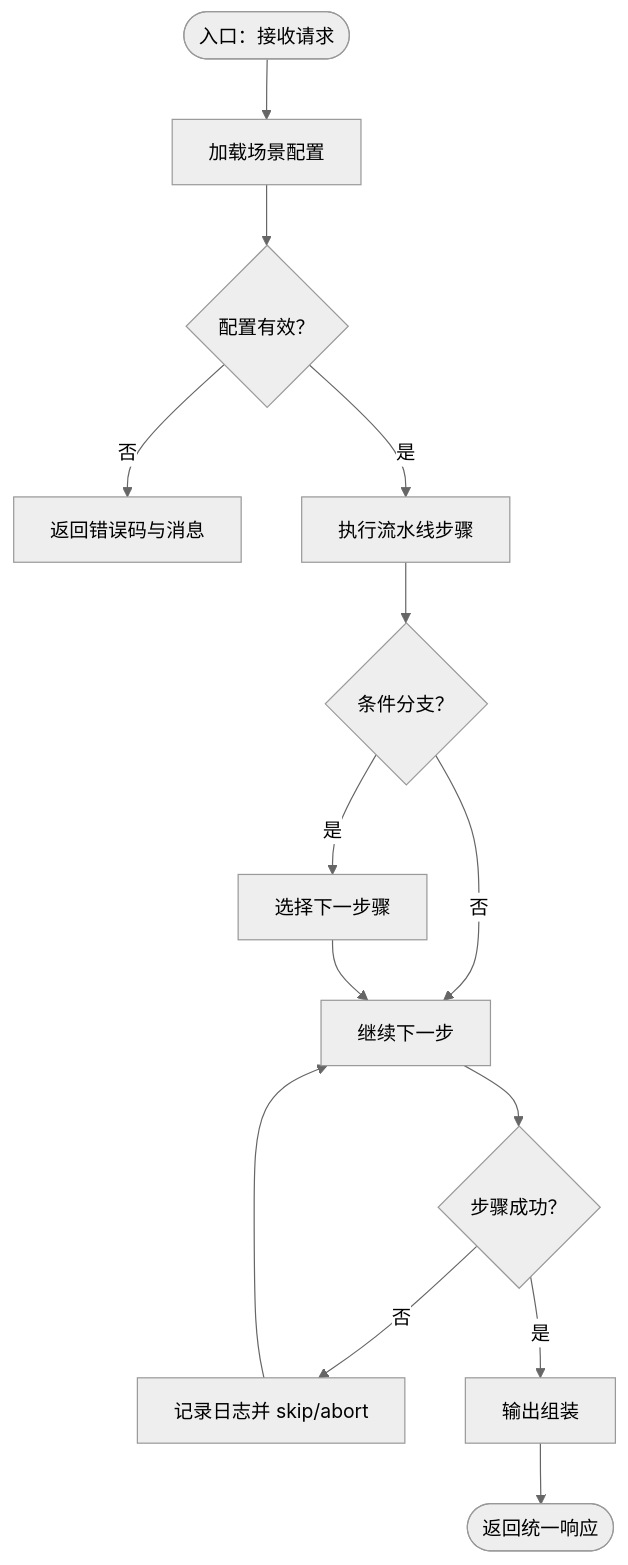
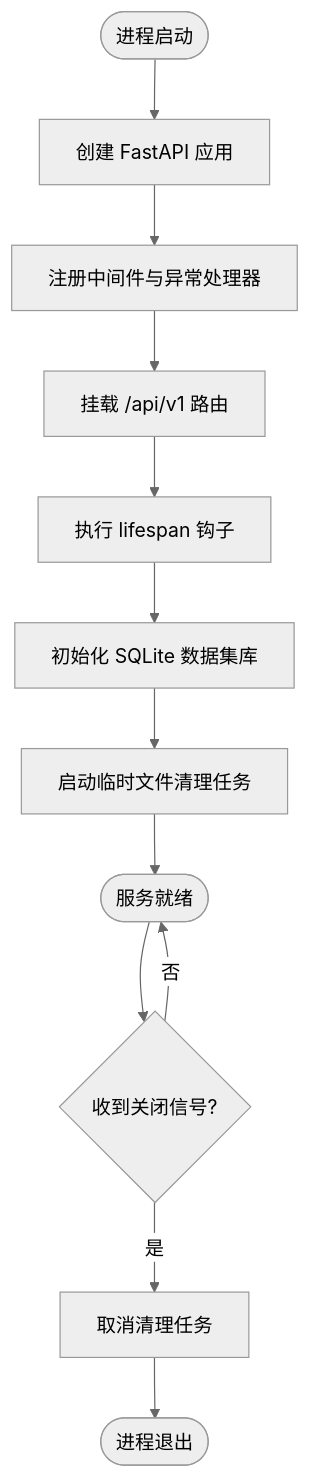
One commit to liang996plus/qoder_cn changed the third of 6 diagrams in .qoder/repowiki/zh/content/部署指南.md. Above: the diagram before and after it, drawn with Mermaid (neutral theme). The commit also changed other lines of this file and 100 other files, not shown here.

````diff
--- a/.qoder/repowiki/zh/content/部署指南.md
+++ b/.qoder/repowiki/zh/content/部署指南.md
@@ -116,16 +123,14 @@
 ```mermaid
 flowchart TD
-Start(["入口：接收请求"]) --> LoadCfg["加载场景配置"]
-LoadCfg --> Validate{"配置有效？"}
-Validate -- 否 --> Err["返回错误码与消息"]
-Validate -- 是 --> Exec["执行流水线步骤"]
-Exec --> Branch{"条件分支？"}
-Branch -- 是 --> Choose["选择下一步骤"]
-Branch -- 否 --> Next["继续下一步"]
-Choose --> Next
-Next --> ErrorCheck{"步骤成功？"}
-ErrorCheck -- 否 --> HandleErr["记录日志并 skip/abort"]
-HandleErr --> Next
-ErrorCheck -- 是 --> Assemble["输出组装"]
-Assemble --> End(["返回统一响应"])
+Start(["进程启动"]) --> CreateApp["创建 FastAPI 应用"]
+CreateApp --> RegisterMW["注册中间件与异常处理器"]
+RegisterMW --> MountRoutes["挂载 /api/v1 路由"]
+MountRoutes --> Lifespan["执行 lifespan 钩子"]
+Lifespan --> InitDB["初始化 SQLite 数据集库"]
+InitDB --> StartCleanup["启动临时文件清理任务"]
+StartCleanup --> Ready(["服务就绪"])
+Ready --> Shutdown{"收到关闭信号?"}
+Shutdown --> |否| Ready
+Shutdown --> |是| CancelTask["取消清理任务"]
+CancelTask --> End(["进程退出"])
 ```
````
